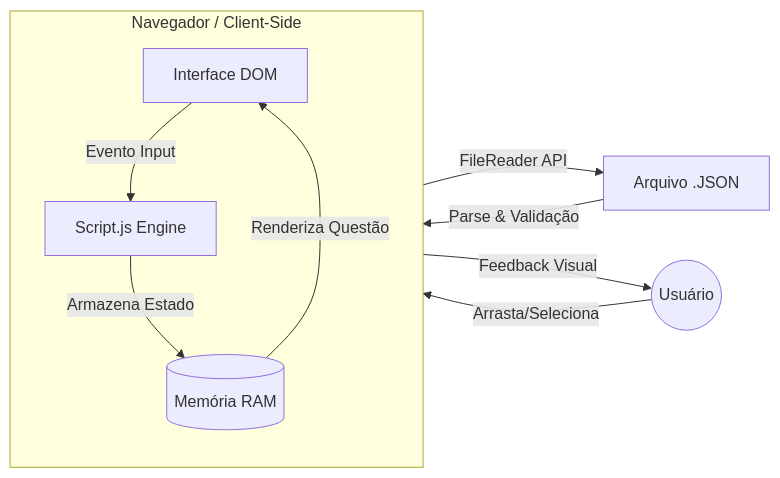
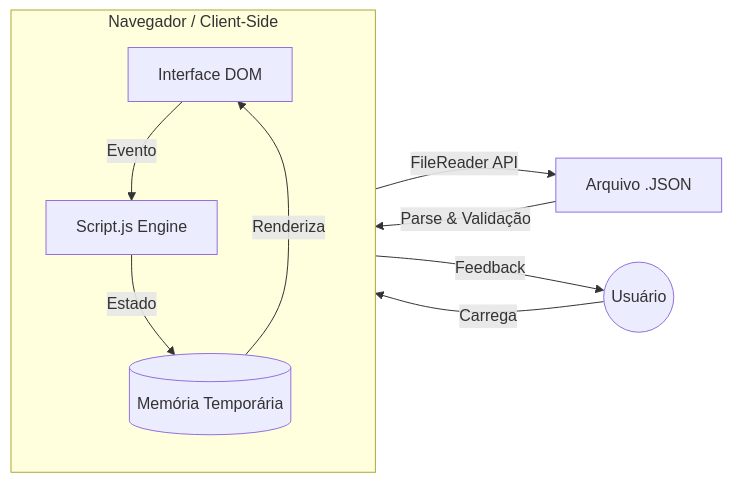
The second of 3 diagrams in README.md (DessimA/quizlab), drawn with Mermaid before and after one commit. The commit also changed other lines of this file, not shown here.

````diff
--- a/README.md
+++ b/README.md
@@ -62,21 +62,21 @@
 ```mermaid
 flowchart LR
     User((Usuário))
     
     subgraph Browser [Navegador / Client-Side]
         direction TB
         UI[Interface DOM]
         Engine[Script.js Engine]
-        Memory[(Memória RAM)]
+        Memory[(Memória Temporária)]
     end
     
     File[Arquivo .JSON]
     
-    User -->|Arrasta/Seleciona| UI
-    UI -->|Evento Input| Engine
+    User -->|Carrega| UI
+    UI -->|Evento| Engine
     Engine -->|FileReader API| File
     File -->|Parse & Validação| Engine
-    Engine -->|Armazena Estado| Memory
-    Memory -->|Renderiza Questão| UI
-    UI -->|Feedback Visual| User
+    Engine -->|Estado| Memory
+    Memory -->|Renderiza| UI
+    UI -->|Feedback| User
 ```
````
